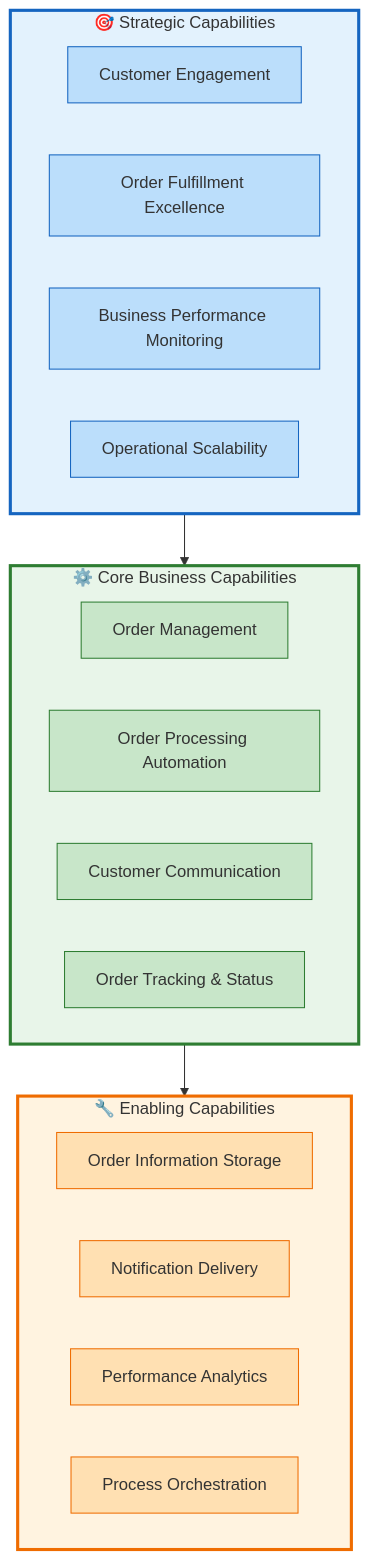
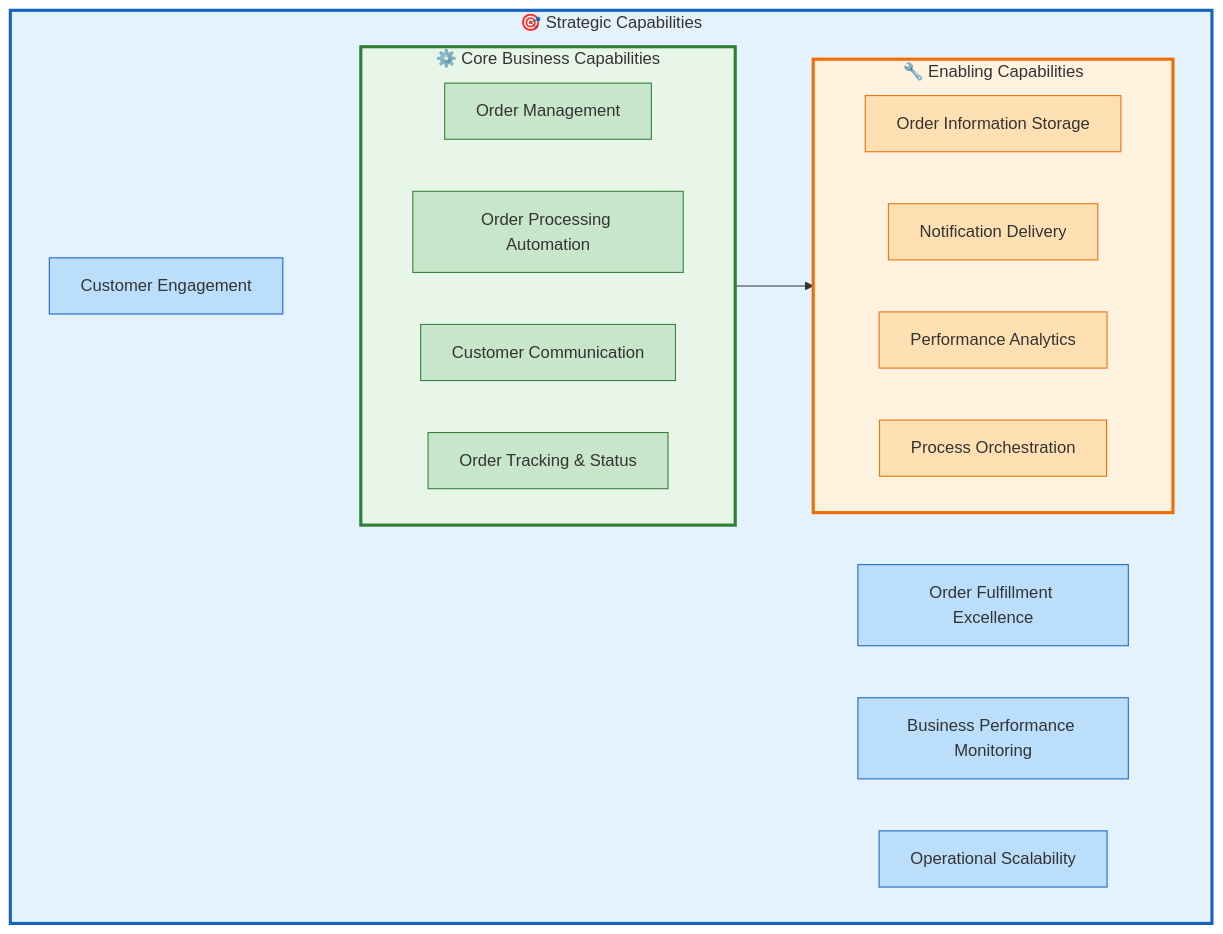
The first of 8 diagrams in docs/architecture/business-architecture.md (Evilazaro/Azure-LogicApps-Monitoring), drawn with Mermaid before and after one commit.

Commit message:
docs: Refactor flowchart structure in Business Architecture document for improved readability

````diff
--- a/docs/architecture/business-architecture.md
+++ b/docs/architecture/business-architecture.md
@@ -126,46 +126,44 @@
 ```mermaid
 flowchart TD
     subgraph strategic["🎯 Strategic Capabilities"]
         direction LR
         SC1["Customer Engagement"]
         SC2["Order Fulfillment Excellence"]
         SC3["Business Performance Monitoring"]
         SC4["Operational Scalability"]
-    end
-    
-    subgraph core["⚙️ Core Business Capabilities"]
-        direction LR
-        CC1["Order Management"]
-        CC2["Order Processing Automation"]
-        CC3["Customer Communication"]
-        CC4["Order Tracking & Status"]
-    end
-    
-    subgraph enabling["🔧 Enabling Capabilities"]
-        direction LR
-        EC1["Order Information Storage"]
-        EC2["Notification Delivery"]
-        EC3["Performance Analytics"]
-        EC4["Process Orchestration"]
+        subgraph core["⚙️ Core Business Capabilities"]
+            direction LR
+            CC1["Order Management"]
+            CC2["Order Processing Automation"]
+            CC3["Customer Communication"]
+            CC4["Order Tracking & Status"]
+        end
+        subgraph enabling["🔧 Enabling Capabilities"]
+            direction LR
+            EC1["Order Information Storage"]
+            EC2["Notification Delivery"]
+            EC3["Performance Analytics"]
+            EC4["Process Orchestration"]
+        end
     end
     
     strategic --> core
     core --> enabling
     
     style strategic fill:#E3F2FD,stroke:#1565C0,stroke-width:3px
     style core fill:#E8F5E9,stroke:#2E7D32,stroke-width:3px
     style enabling fill:#FFF3E0,stroke:#EF6C00,stroke-width:3px
     
     style SC1 fill:#BBDEFB,stroke:#1565C0
     style SC2 fill:#BBDEFB,stroke:#1565C0
     style SC3 fill:#BBDEFB,stroke:#1565C0
     style SC4 fill:#BBDEFB,stroke:#1565C0
     style CC1 fill:#C8E6C9,stroke:#2E7D32
     style CC2 fill:#C8E6C9,stroke:#2E7D32
     style CC3 fill:#C8E6C9,stroke:#2E7D32
     style CC4 fill:#C8E6C9,stroke:#2E7D32
     style EC1 fill:#FFE0B2,stroke:#EF6C00
     style EC2 fill:#FFE0B2,stroke:#EF6C00
     style EC3 fill:#FFE0B2,stroke:#EF6C00
     style EC4 fill:#FFE0B2,stroke:#EF6C00
 ```
````
